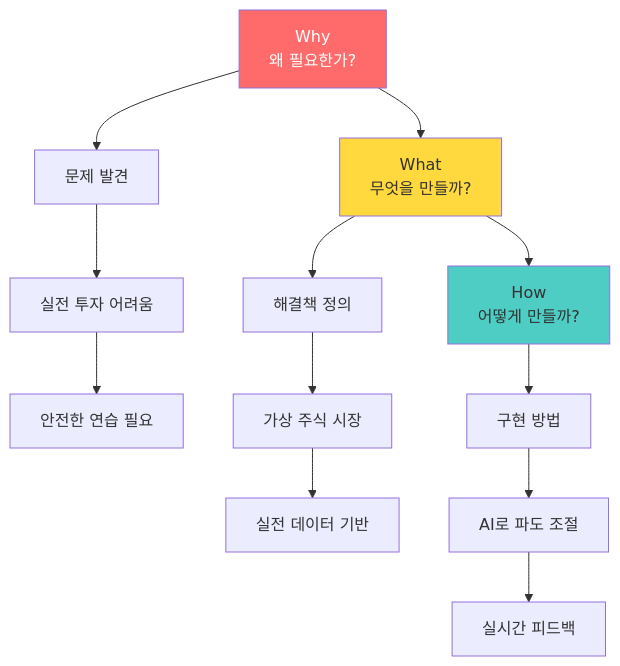
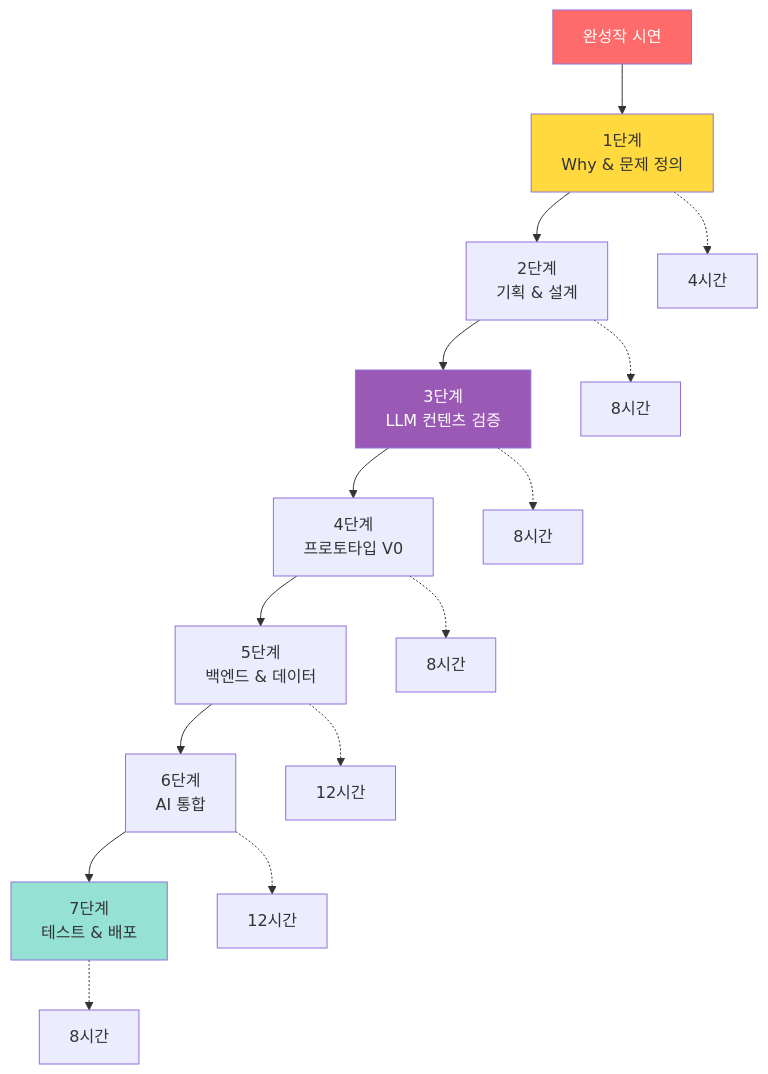
Before and after one commit to Collegenie-X/AI-Vive-Coding: the third of 14 diagrams in Docs/주제/5단계-AI가상환경_실전체험_교육가이드.md, drawn with Mermaid. The commit also changed other lines of this file and 2 other files, not shown here.

````diff
--- a/Docs/주제/5단계-AI가상환경_실전체험_교육가이드.md
+++ b/Docs/주제/5단계-AI가상환경_실전체험_교육가이드.md
@@ -118,21 +109,23 @@
 ```mermaid
 graph TB
-    A[Why<br/>왜 필요한가?] --> B[What<br/>무엇을 만들까?]
-    B --> C[How<br/>어떻게 만들까?]
+    S0[완성작 시연] --> S1[1단계<br/>Why & 문제 정의]
+    S1 --> S2[2단계<br/>기획 & 설계]
+    S2 --> S3[3단계<br/>LLM 컨텐츠 검증]
+    S3 --> S4[4단계<br/>프로토타입 V0]
+    S4 --> S5[5단계<br/>백엔드 & 데이터]
+    S5 --> S6[6단계<br/>AI 통합]
+    S6 --> S7[7단계<br/>테스트 & 배포]
     
-    A --> A1[문제 발견]
-    A1 --> A2[실전 투자 어려움]
-    A2 --> A3[안전한 연습 필요]
+    S1 -.-> T1[4시간]
+    S2 -.-> T2[8시간]
+    S3 -.-> T3[8시간]
+    S4 -.-> T4[8시간]
+    S5 -.-> T5[12시간]
+    S6 -.-> T6[12시간]
+    S7 -.-> T7[8시간]
     
-    B --> B1[해결책 정의]
-    B1 --> B2[가상 주식 시장]
-    B2 --> B3[실전 데이터 기반]
-    
-    C --> C1[구현 방법]
-    C1 --> C2[AI로 파도 조절]
-    C2 --> C3[실시간 피드백]
-    
-    style A fill:#FF6B6B,color:#fff
-    style B fill:#FFD93D
-    style C fill:#4ECDC4
+    style S0 fill:#FF6B6B,color:#fff
+    style S1 fill:#FFD93D
+    style S3 fill:#9B59B6,color:#fff
+    style S7 fill:#95E1D3
 ```
````
